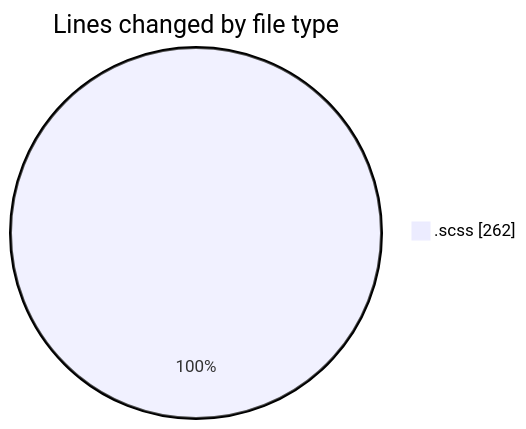
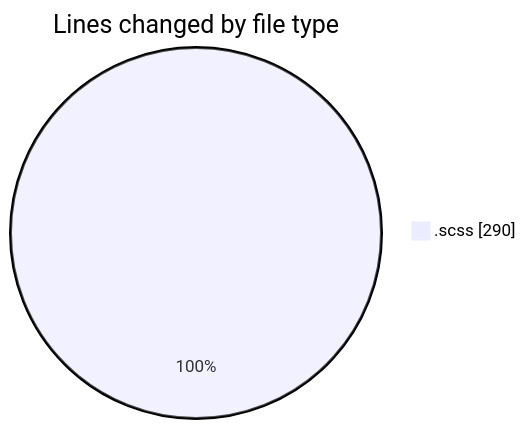
One commit to momahboobian/code-tracking changed the first of 2 diagrams in 2025-03-02/cda/README.md. Above: the diagram before and after it, drawn with Mermaid. The commit also changed other lines of this file and 1 other file, not shown here.

````diff
--- a/2025-03-02/cda/README.md
+++ b/2025-03-02/cda/README.md
@@ -21,5 +21,5 @@
 ```mermaid
 pie showData
 title Lines changed by file type
-".scss" : 262
+".scss" : 290
 ```
````
